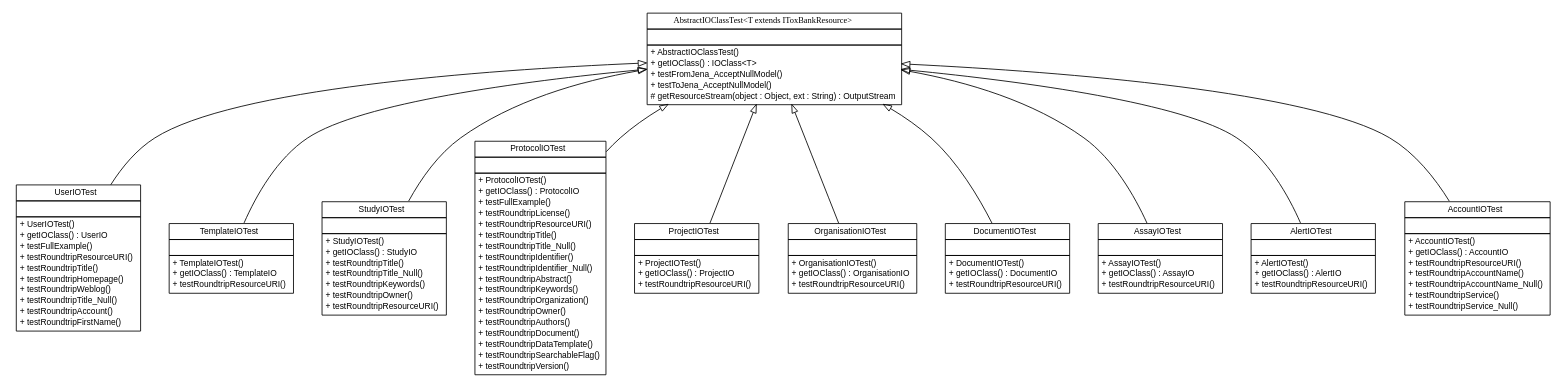
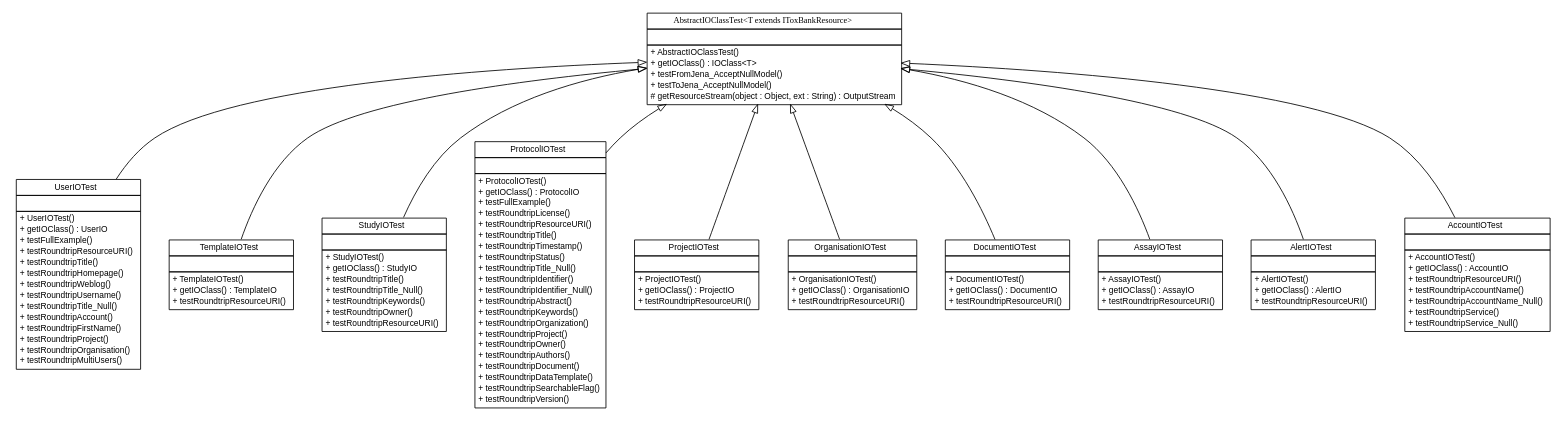
The diagram in testapidocs/net/toxbank/client/io/rdf/net.toxbank.client.io.rdf.dot (ToxBank/toxbank-api-beans), drawn with Graphviz before and after one commit. The commit also changed 272 other files, not shown here.

```diff
--- a/testapidocs/net/toxbank/client/io/rdf/net.toxbank.client.io.rdf.dot
+++ b/testapidocs/net/toxbank/client/io/rdf/net.toxbank.client.io.rdf.dot
@@ -23,9 +23,13 @@
 			<tr><td align="left"> + testRoundtripTitle() </td></tr>
 			<tr><td align="left"> + testRoundtripHomepage() </td></tr>
 			<tr><td align="left"> + testRoundtripWeblog() </td></tr>
+			<tr><td align="left"> + testRoundtripUsername() </td></tr>
 			<tr><td align="left"> + testRoundtripTitle_Null() </td></tr>
 			<tr><td align="left"> + testRoundtripAccount() </td></tr>
 			<tr><td align="left"> + testRoundtripFirstName() </td></tr>
+			<tr><td align="left"> + testRoundtripProject() </td></tr>
+			<tr><td align="left"> + testRoundtripOrganisation() </td></tr>
+			<tr><td align="left"> + testRoundtripMultiUsers() </td></tr>
 		</table></td></tr>
 		</table>>, fontname="arial", fontcolor="black", fontsize=10.0];
 	// net.toxbank.client.io.rdf.TemplateIOTest
@@ -75,12 +79,15 @@
 			<tr><td align="left"> + testRoundtripLicense() </td></tr>
 			<tr><td align="left"> + testRoundtripResourceURI() </td></tr>
 			<tr><td align="left"> + testRoundtripTitle() </td></tr>
+			<tr><td align="left"> + testRoundtripTimestamp() </td></tr>
+			<tr><td align="left"> + testRoundtripStatus() </td></tr>
 			<tr><td align="left"> + testRoundtripTitle_Null() </td></tr>
 			<tr><td align="left"> + testRoundtripIdentifier() </td></tr>
 			<tr><td align="left"> + testRoundtripIdentifier_Null() </td></tr>
 			<tr><td align="left"> + testRoundtripAbstract() </td></tr>
 			<tr><td align="left"> + testRoundtripKeywords() </td></tr>
 			<tr><td align="left"> + testRoundtripOrganization() </td></tr>
+			<tr><td align="left"> + testRoundtripProject() </td></tr>
 			<tr><td align="left"> + testRoundtripOwner() </td></tr>
 			<tr><td align="left"> + testRoundtripAuthors() </td></tr>
 			<tr><td align="left"> + testRoundtripDocument() </td></tr>
```
